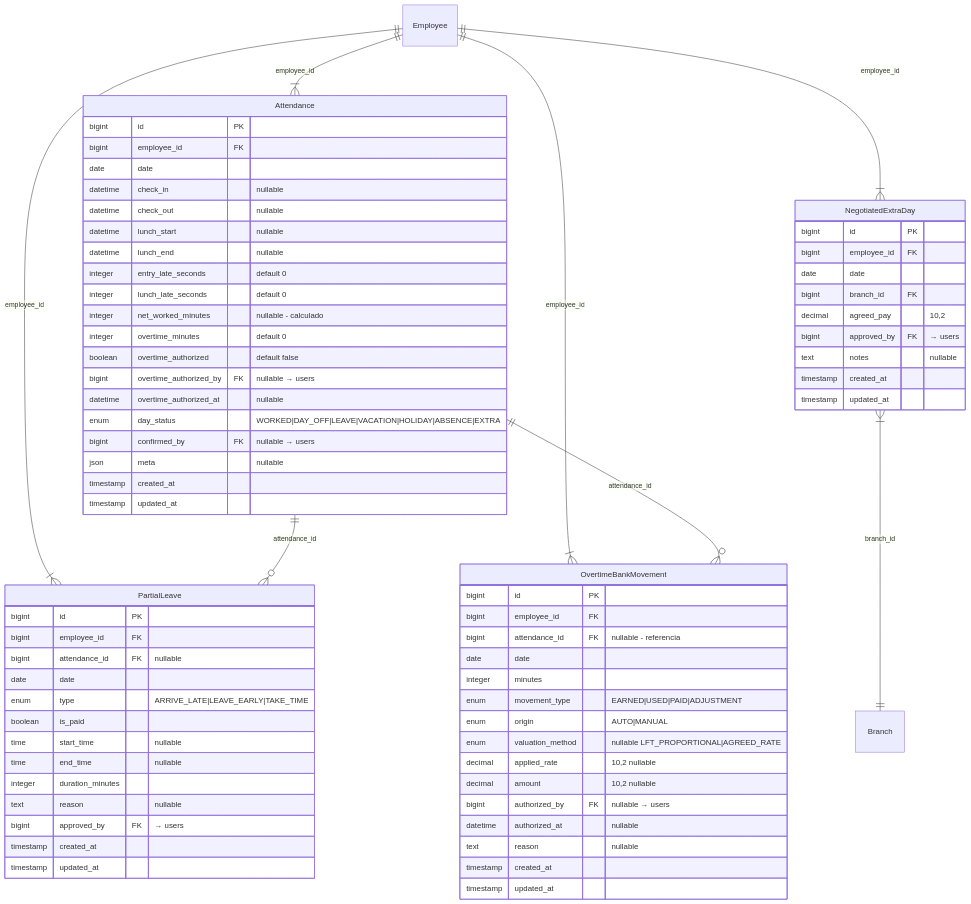
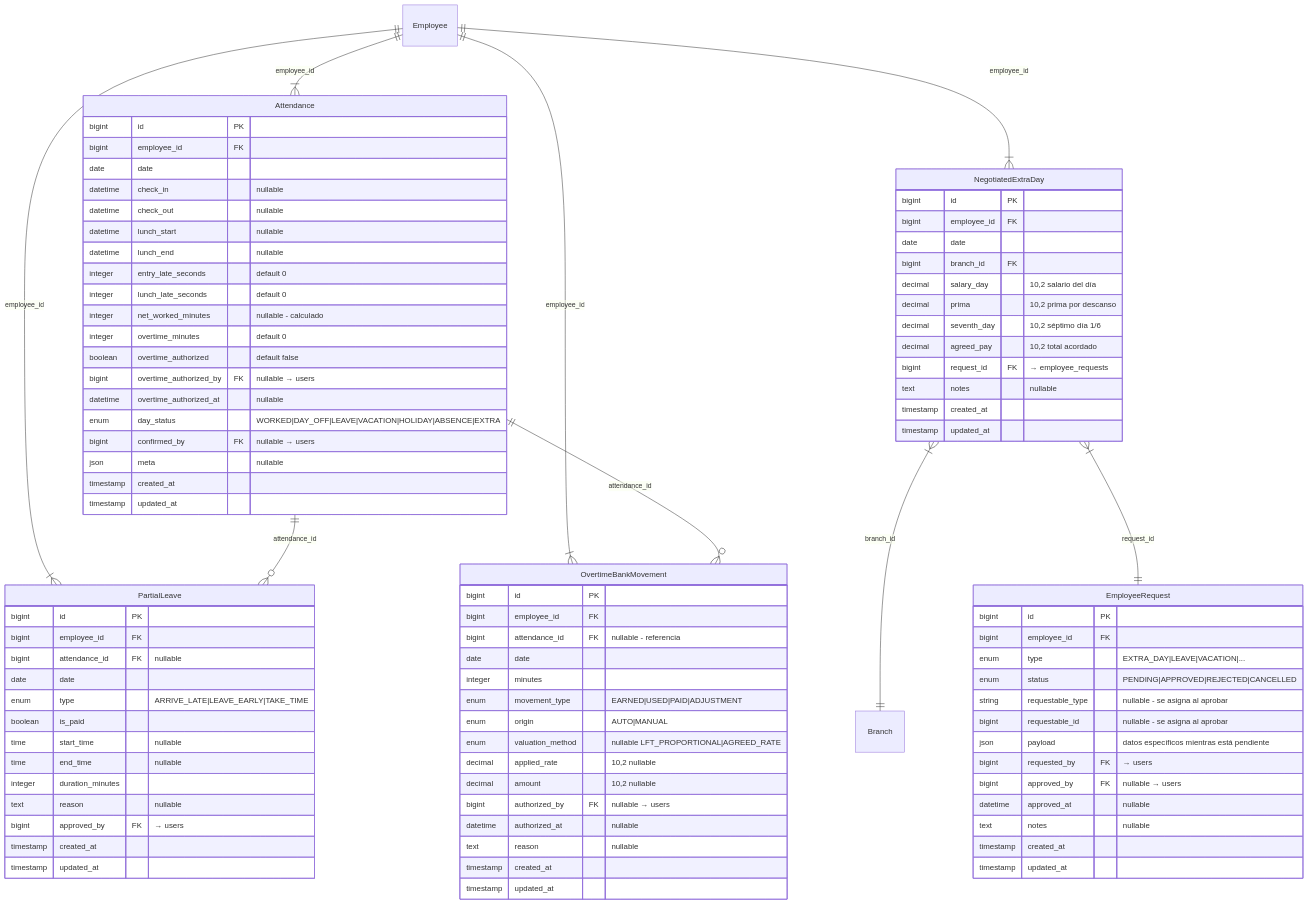
One commit to pakodiazdev/sushigo changed the second of 20 diagrams in doc/modules/attendance-payroll/attendance-payroll-domain-model.es.md. Above: the diagram before and after it, drawn with Mermaid. The commit also changed other lines of this file and 6 other files, not shown here.

First line of the commit message:
📚 [#126] - Pivot EmployeeRequest: domain model v1.1 + tasks #126 #127 📋

```diff
--- a/doc/modules/attendance-payroll/attendance-payroll-domain-model.es.md
+++ b/doc/modules/attendance-payroll/attendance-payroll-domain-model.es.md
@@ -161,6 +163,7 @@
     Attendance ||--o{ OvertimeBankMovement : "attendance_id"
 
     NegotiatedExtraDay }|--|| Branch : "branch_id"
+    NegotiatedExtraDay }|--|| EmployeeRequest : "request_id"
 
     Attendance {
         bigint id PK
@@ -205,8 +208,27 @@
         bigint employee_id FK
         date date
         bigint branch_id FK
-        decimal agreed_pay "10,2"
-        bigint approved_by FK "→ users"
+        decimal salary_day "10,2 salario del día"
+        decimal prima "10,2 prima por descanso"
+        decimal seventh_day "10,2 séptimo día 1/6"
+        decimal agreed_pay "10,2 total acordado"
+        bigint request_id FK "→ employee_requests"
+        text notes "nullable"
+        timestamp created_at
+        timestamp updated_at
+    }
+
+    EmployeeRequest {
+        bigint id PK
+        bigint employee_id FK
+        enum type "EXTRA_DAY|LEAVE|VACATION|..."
+        enum status "PENDING|APPROVED|REJECTED|CANCELLED"
+        string requestable_type "nullable - se asigna al aprobar"
+        bigint requestable_id "nullable - se asigna al aprobar"
+        json payload "datos específicos mientras está pendiente"
+        bigint requested_by FK "→ users"
+        bigint approved_by FK "nullable → users"
+        datetime approved_at "nullable"
         text notes "nullable"
         timestamp created_at
         timestamp updated_at
```
